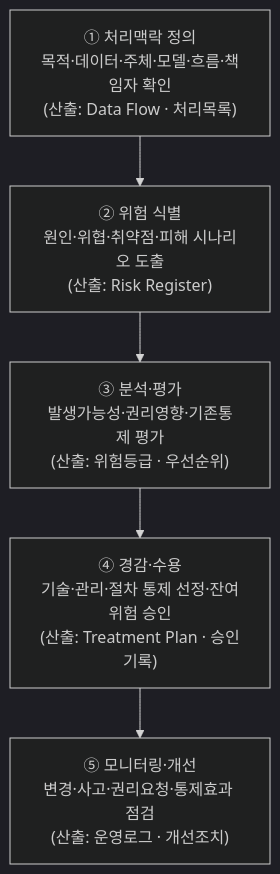
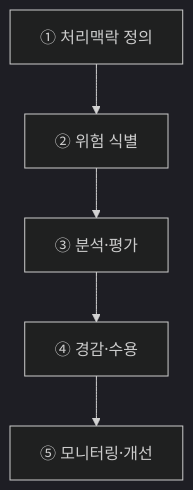
Before and after one commit to agnusdei1207/study: the first of 3 diagrams in src/content/docs/notes/itpe/01-it-strategy/054_ai_privacy_risk_management_model.md, drawn with Mermaid (dark theme). The commit also changed other lines of this file and 19 other files, not shown here.

````diff
--- a/src/content/docs/notes/itpe/01-it-strategy/054_ai_privacy_risk_management_model.md
+++ b/src/content/docs/notes/itpe/01-it-strategy/054_ai_privacy_risk_management_model.md
@@ -71,10 +61,4 @@
 ```mermaid
 flowchart TD
-    S1["① 처리맥락 정의<br/>목적·데이터·주체·모델·흐름·책임자 확인<br/>(산출: Data Flow · 처리목록)"]
-    S2["② 위험 식별<br/>원인·위협·취약점·피해 시나리오 도출<br/>(산출: Risk Register)"]
-    S3["③ 분석·평가<br/>발생가능성·권리영향·기존통제 평가<br/>(산출: 위험등급 · 우선순위)"]
-    S4["④ 경감·수용<br/>기술·관리·절차 통제 선정·잔여위험 승인<br/>(산출: Treatment Plan · 승인기록)"]
-    S5["⑤ 모니터링·개선<br/>변경·사고·권리요청·통제효과 점검<br/>(산출: 운영로그 · 개선조치)"]
-
-    S1 --> S2 --> S3 --> S4 --> S5
+    S1["① 처리맥락 정의"] --> S2["② 위험 식별"] --> S3["③ 분석·평가"] --> S4["④ 경감·수용"] --> S5["⑤ 모니터링·개선"]
 ```
````
